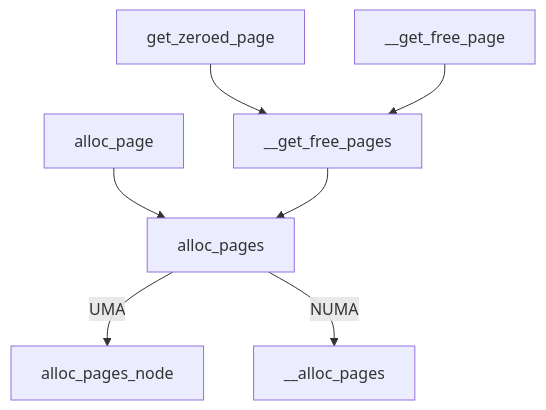
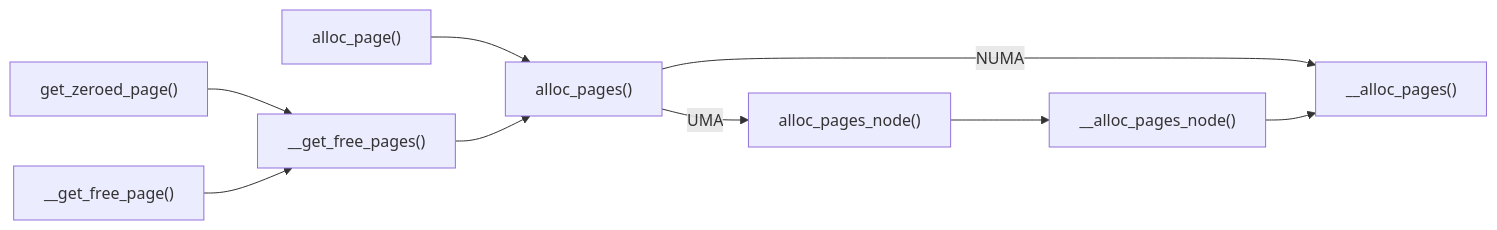
One commit to liushupeng/LinuxKernel changed the third of 5 diagrams in docs/08-内存管理.md. Above: the diagram before and after it, drawn with Mermaid. The commit also changed other lines of this file, not shown here.

````diff
--- a/docs/08-内存管理.md
+++ b/docs/08-内存管理.md
@@ -248,9 +592,11 @@
 ```mermaid
-graph TD
-    A[alloc_page] --> E[alloc_pages]
-    B[get_zeroed_page] --> D[__get_free_pages]
-    C[__get_free_page] --> D[__get_free_pages]
-    D[__get_free_pages] --> E[alloc_pages]
-    E[alloc_pages] --UMA--> F[alloc_pages_node]
-    E[alloc_pages] --NUMA--> G[__alloc_pages]
+graph LR
+    A["alloc_page()"] --> E["alloc_pages()"]
+    B["get_zeroed_page()"] --> D["__get_free_pages()"]
+    C["__get_free_page()"] --> D["__get_free_pages()"]
+    D["__get_free_pages()"] --> E["alloc_pages()"]
+    E["alloc_pages()"] --UMA--> F["alloc_pages_node()"]
+    E["alloc_pages()"] --NUMA--> G["__alloc_pages()"]
+    F["alloc_pages_node()"] --> H["__alloc_pages_node()"]
+    H["__alloc_pages_node()"] --> G["__alloc_pages()"]
 ```
````
